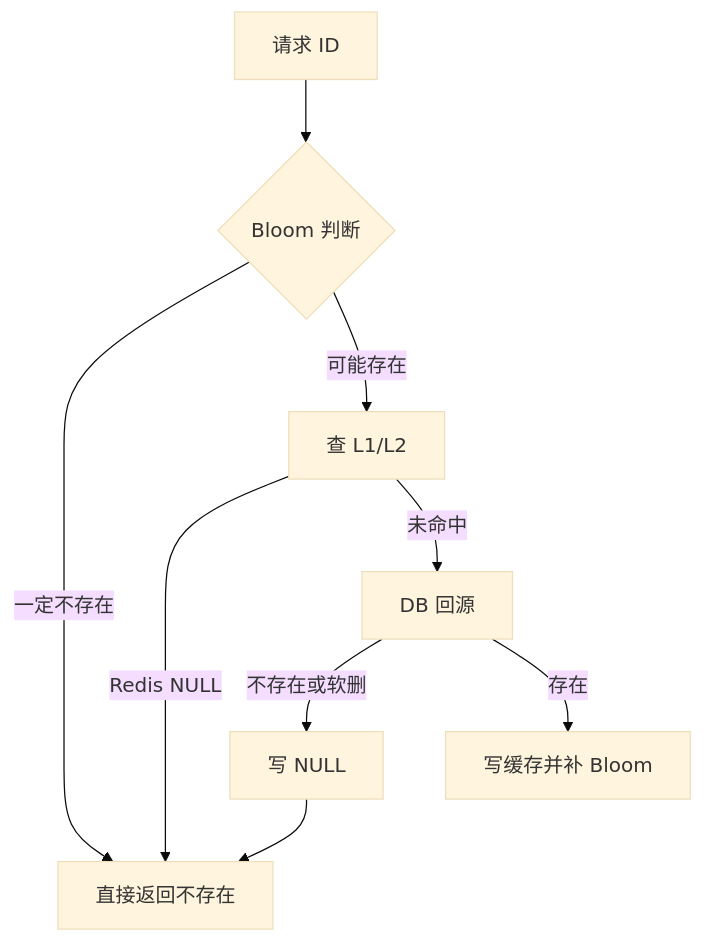
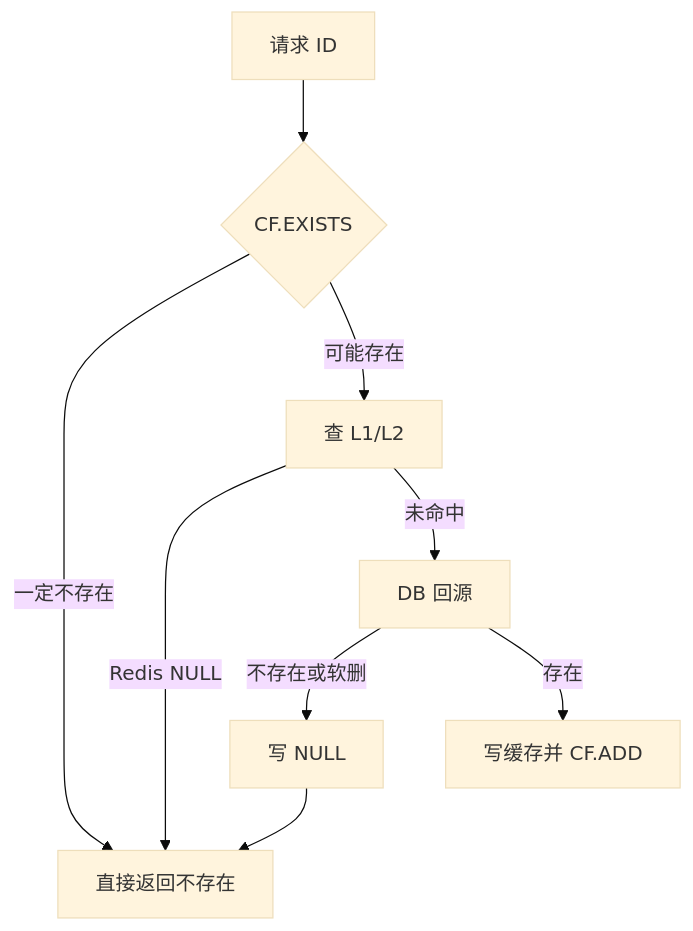
One commit to bitladykiller/zhiguang_go changed the seventh of 9 diagrams in docs/modules/09-热点缓存与多级缓存策略.md. Above: the diagram before and after it, drawn with Mermaid (base theme). The commit also changed other lines of this file and 12 other files, not shown here.

````diff
--- a/docs/modules/09-热点缓存与多级缓存策略.md
+++ b/docs/modules/09-热点缓存与多级缓存策略.md
@@ -350,11 +350,11 @@
 ```mermaid
 flowchart TD
-    A[请求 ID] --> B{Bloom 判断}
+    A[请求 ID] --> B{CF.EXISTS}
     B -->|一定不存在| C[直接返回不存在]
     B -->|可能存在| D[查 L1/L2]
     D -->|Redis NULL| C
     D -->|未命中| E[DB 回源]
     E -->|不存在或软删| F[写 NULL]
     F --> C
-    E -->|存在| G[写缓存并补 Bloom]
+    E -->|存在| G[写缓存并 CF.ADD]
 ```
````
